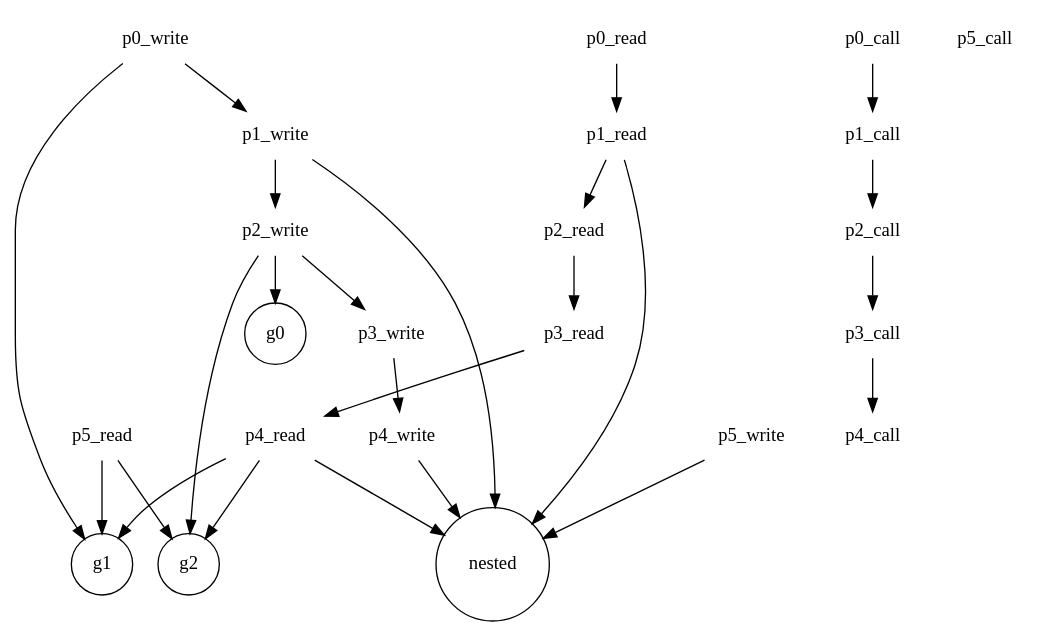
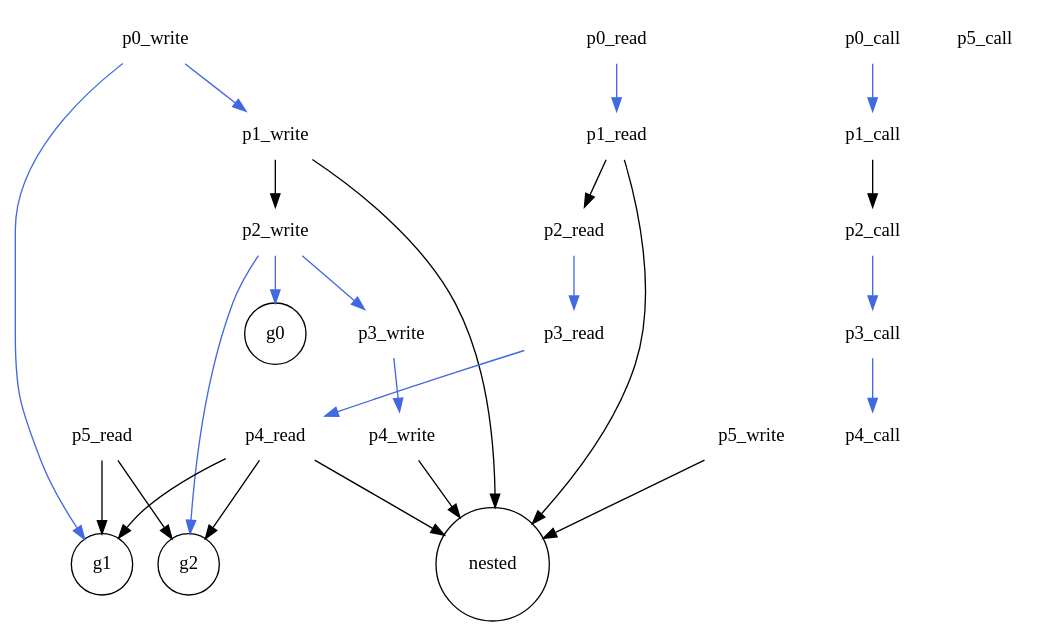
Before and after one commit to AdaCore/spark2014: the diagram in docs/flow/generated_globals_2016_redesign/ex2_phase1_p.dot, drawn with Graphviz. The commit also changed 1 other file, not shown here.

Commit message:
P118-034 flow - redesign gg
Minor tweaks to example 2.

```diff
--- a/docs/flow/generated_globals_2016_redesign/ex2_phase1_p.dot
+++ b/docs/flow/generated_globals_2016_redesign/ex2_phase1_p.dot
@@ -1,70 +1,72 @@
 digraph G {
    overlap=false;
    splies=true;
    sep=1;
    node [shape=none];
 
    g0     [shape=circle];
    g1     [shape=circle];
    g2     [shape=circle];
    nested [shape=circle];
 
    p0_read;
    p0_write;
    p0_call;
 
    p1_read;
    p1_write;
    p1_call;
 
    p2_read;
    p2_write;
    p2_call;
 
    p3_read;
    p3_write;
    p3_call;
 
    p4_read;
    p4_write;
    p4_call;
 
    p5_read;
    p5_write;
    p5_call;
 
    // Known information from analysis of Q:
 
    p1_read  -> nested;
    p1_write -> nested;
    p1_call  -> p2_call;
    p1_read  -> p2_read;
    p1_write -> p2_write;
 
    p4_read  -> g1;
    p4_read  -> g2;
    p4_read  -> nested;
    p4_write -> nested;
 
    p5_read  -> g1;
    p5_read  -> g2;
    p5_write -> nested;
 
    // From phase1 cfg of P:
 
+   edge [color=RoyalBlue];
+
    p0_read  -> p1_read;
    p0_write -> p1_write;
    p0_call  -> p1_call;
    p0_write -> g1;
 
    p2_read  -> p3_read;
    p2_write -> p3_write;
    p2_call  -> p3_call;
    p2_write -> g0;
    p2_write -> g2;
 
    p3_read  -> p4_read;
    p3_write -> p4_write;
    p3_call  -> p4_call;
 
 }
```
